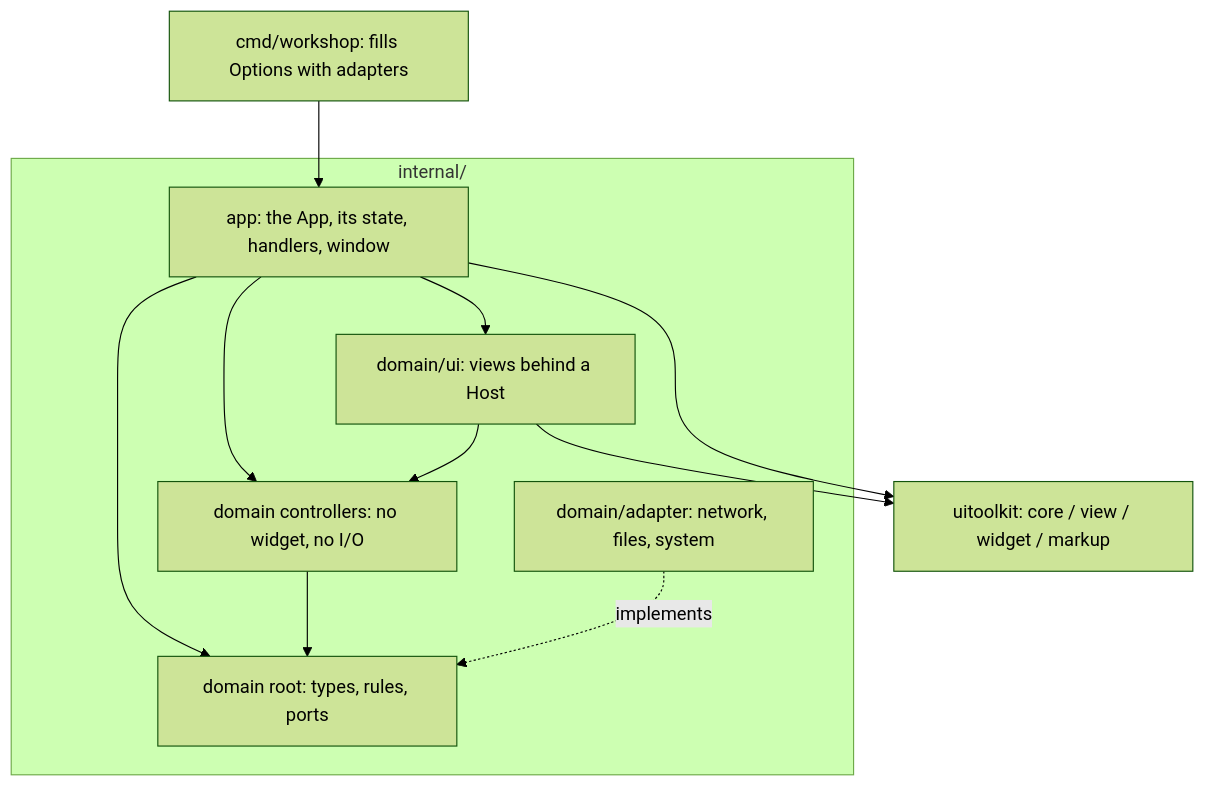
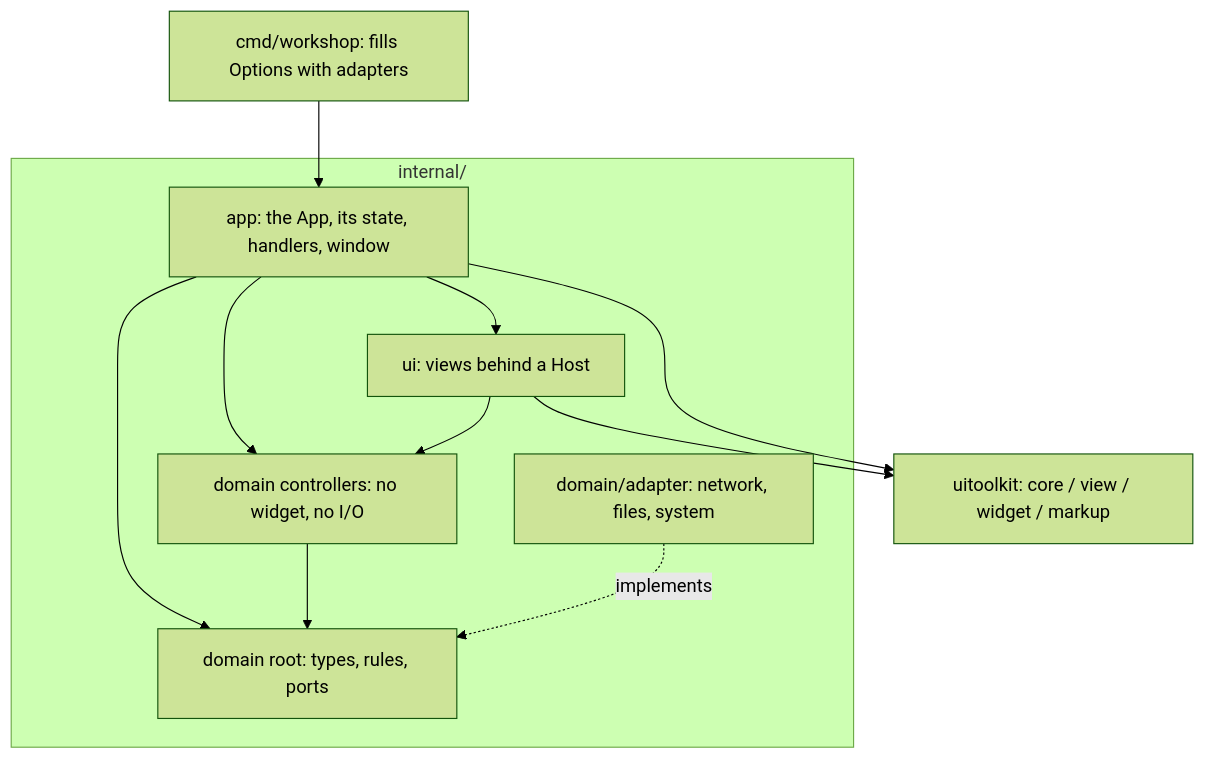
Before and after one commit to gascoigne-ai/gascoigne-workshop: the diagram in .harness/overview.md, drawn with Mermaid (forest theme). The commit also changed other lines of this file and 155 other files, not shown here.

````diff
--- a/.harness/overview.md
+++ b/.harness/overview.md
@@ -36,15 +36,15 @@
 ```mermaid
 flowchart TB
   cmd["cmd/workshop: fills Options with adapters"] --> app
   subgraph internal["internal/"]
     app["app: the App, its state, handlers, window"]
-    ui["domain/ui: views behind a Host"]
+    ui["ui: views behind a Host"]
     ctl["domain controllers: no widget, no I/O"]
     root["domain root: types, rules, ports"]
     adapter["domain/adapter: network, files, system"]
   end
   app --> ui & ctl & root
   ui --> ctl --> root
   adapter -. implements .-> root
   ui & app --> toolkit["uitoolkit: core / view / widget / markup"]
 ```
````
